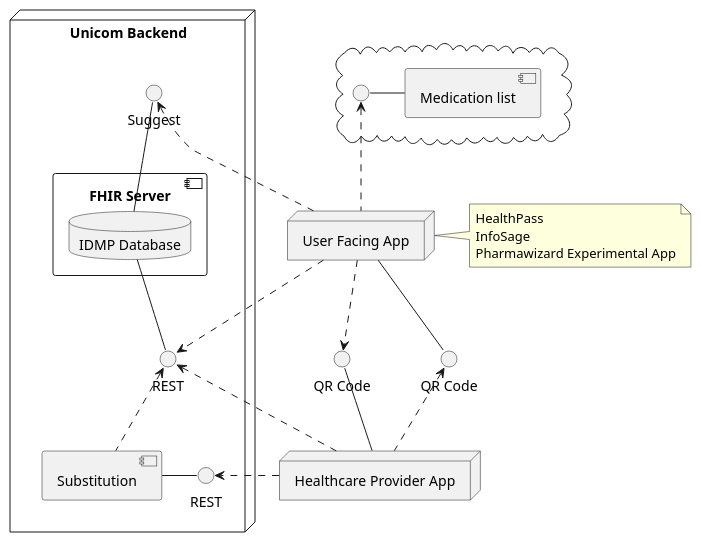
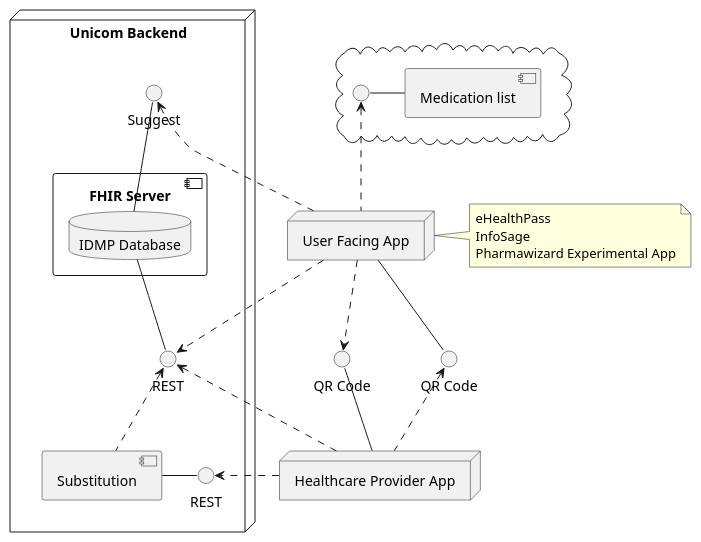
Before and after one commit to Datawizard-srl/UNICOM_healthcare_provider_app: the diagram in uml/overview.puml, drawn with PlantUML. The commit also changed 1 other file, not shown here.

```diff
--- a/uml/overview.puml
+++ b/uml/overview.puml
@@ -1,67 +1,67 @@
 @startuml
 
 node "Unicom Backend" as unicomBackend {
     together {
         interface "Suggest" as suggestInt
 
         interface REST
         component "FHIR Server" as fhir {
             database "IDMP Database" as idmpDb
         }
         idmpDb -u- suggestInt
         idmpDb -- REST
     }
 
     together {
         component "Substitution" as substitution
         interface "REST" as substitutionInt
         substitution - substitutionInt
     }
 
     REST <.. substitution
 }
 
 together {
     interface "QR Code" as qrCodeUser
     interface "QR Code" as qrCodePharmacist
 }
 
 together {
     node "User Facing App" as userApp {
     }
 
     userApp .d.> qrCodePharmacist
     userApp -d- qrCodeUser
     suggestInt <.. userApp
 
     note right of userApp {
-        HealthPass
+        eHealthPass
         InfoSage
         Pharmawizard Experimental App
     }
 }
 
 cloud {
     together {
         component "Medication list" as medicationList
         interface " " as medicationListInt
         medicationListInt - medicationList
     }
 }
 
 userApp .u.> medicationListInt
 userApp .> REST
 
 together {
     node "Healthcare Provider App" as pharmacistApp
 
     qrCodeUser <.d. pharmacistApp
     qrCodePharmacist -d- pharmacistApp
     substitutionInt <.l. pharmacistApp
 }
 
 unicomBackend -[hidden] userApp
 
 pharmacistApp .> REST
 
 @enduml
```
